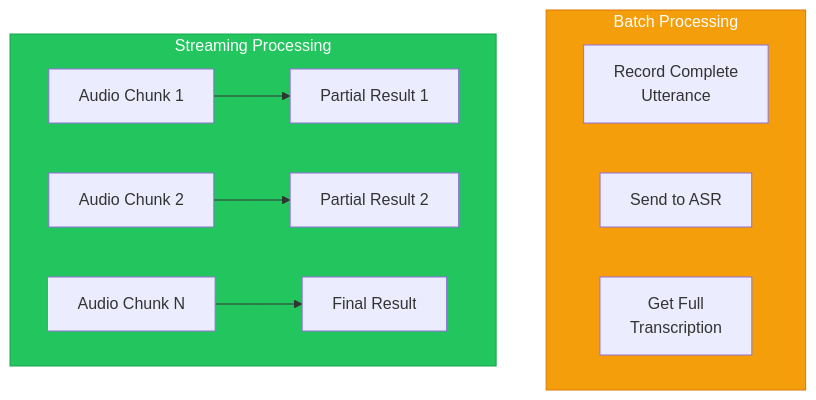
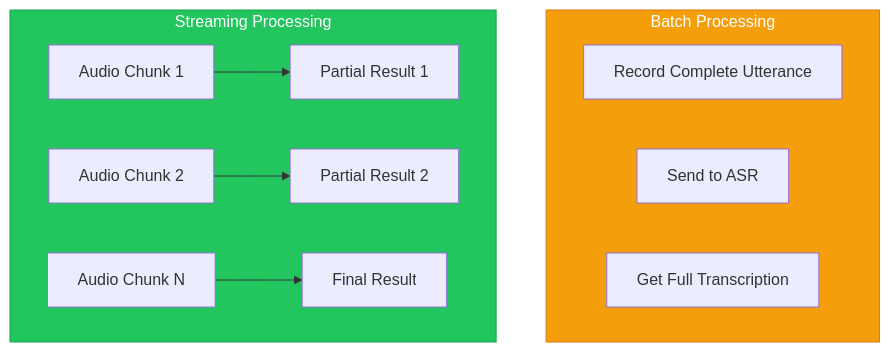
Before and after one commit to shakir-hussain1/physical-AI-and-humanoid-robotics-textbook-by-shakir-hussain: the third of 5 diagrams in docs/modules/module-4-vla/chapter-14-speech.md, drawn with Mermaid. The commit also changed other lines of this file and 17 other files, not shown here.

Commit message:
fix: Remove br tags from Mermaid diagrams causing parse errors

````diff
--- a/docs/modules/module-4-vla/chapter-14-speech.md
+++ b/docs/modules/module-4-vla/chapter-14-speech.md
@@ -339,17 +339,17 @@
 ```mermaid
 flowchart TB
     subgraph Batch["Batch Processing"]
-        B1[Record Complete<br/>Utterance]
+        B1[Record Complete Utterance]
         B2[Send to ASR]
-        B3[Get Full<br/>Transcription]
+        B3[Get Full Transcription]
     end
 
     subgraph Streaming["Streaming Processing"]
         S1[Audio Chunk 1] --> S2[Partial Result 1]
         S3[Audio Chunk 2] --> S4[Partial Result 2]
         S5[Audio Chunk N] --> S6[Final Result]
     end
 
     style Batch fill:#f59e0b,stroke:#d97706,color:#fff
     style Streaming fill:#22c55e,stroke:#16a34a,color:#fff
 ```
````
